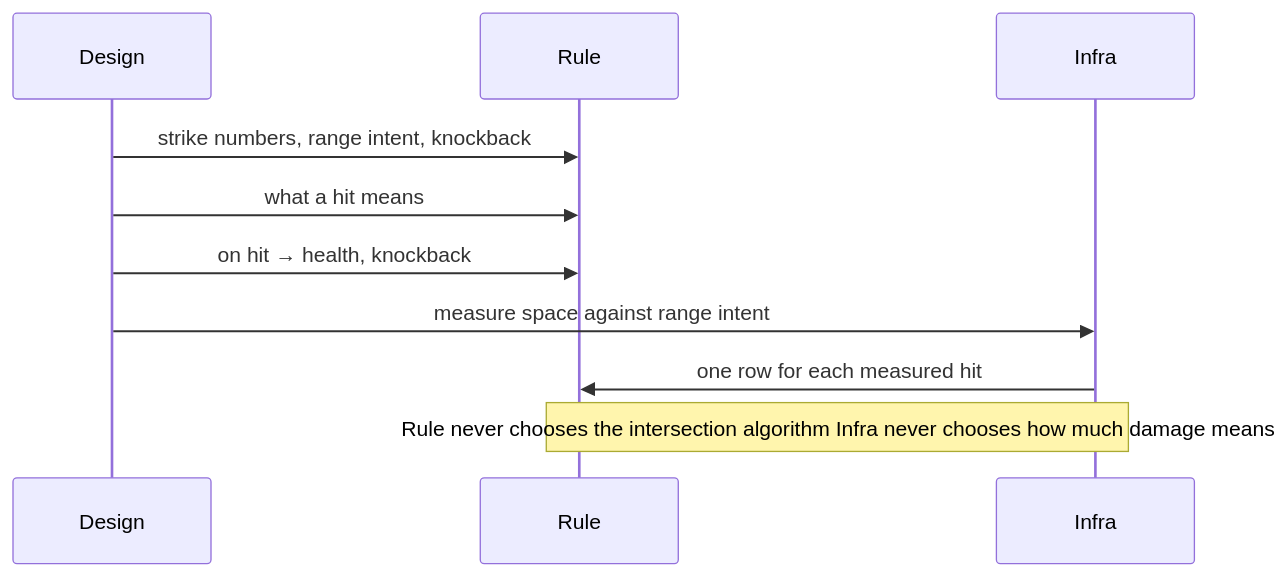
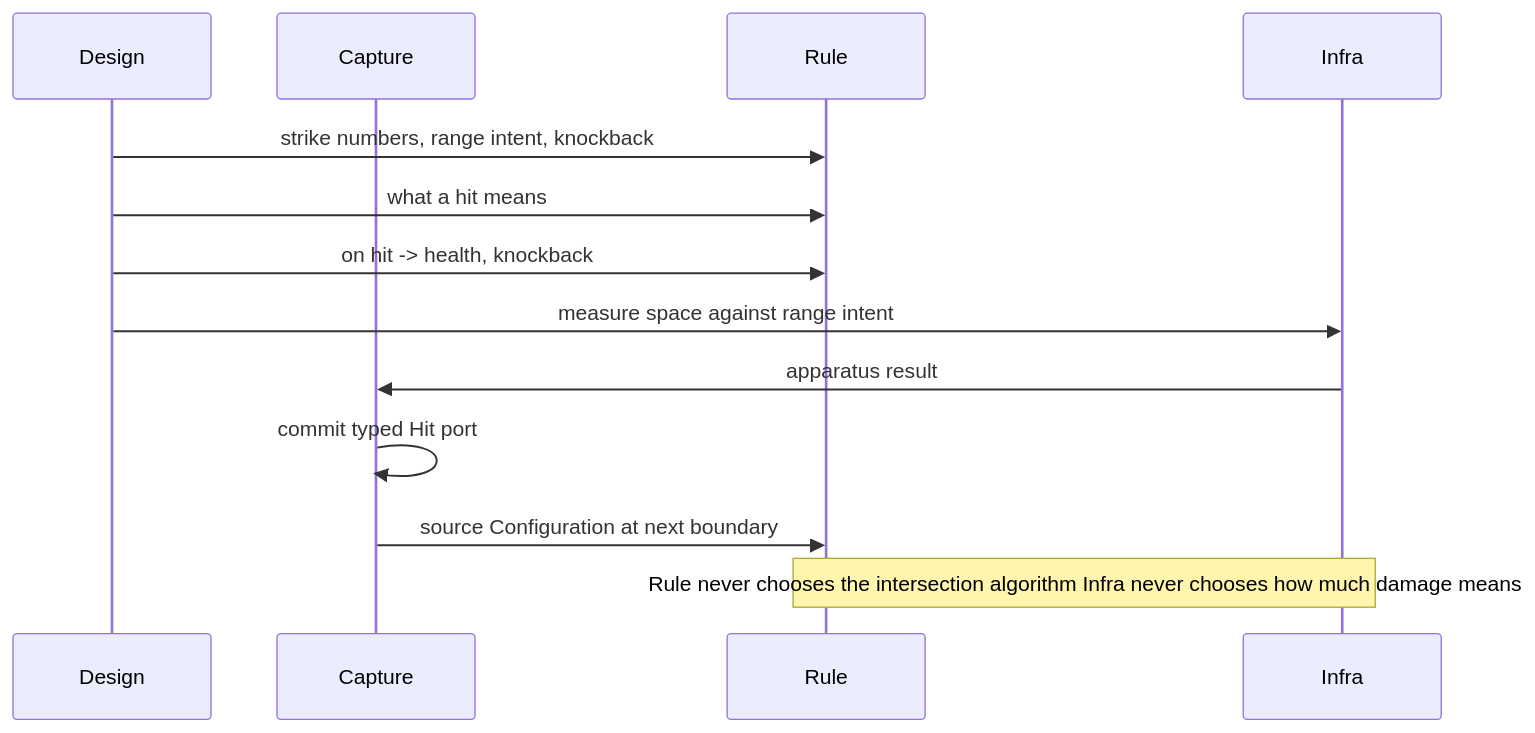
One commit to fm39hz/fm39hz-blogs changed the first of 6 diagrams in src/content/articles/another-way-to-think-about-game-architecture.md. Above: the diagram before and after it, drawn with Mermaid. The commit also changed other lines of this file and 4 other files, not shown here.

````diff
--- a/src/content/articles/another-way-to-think-about-game-architecture.md
+++ b/src/content/articles/another-way-to-think-about-game-architecture.md
@@ -87,15 +89,18 @@
 ```mermaid
 sequenceDiagram
     participant Design
+    participant Capture
     participant Rule
     participant Infra
 
     Design->>Rule: strike numbers, range intent, knockback
     Design->>Rule: what a hit means
-    Design->>Rule: on hit → health, knockback
+    Design->>Rule: on hit -> health, knockback
 
     Design->>Infra: measure space against range intent
-    Infra->>Rule: one row for each measured hit
+    Infra->>Capture: apparatus result
+    Capture->>Capture: commit typed Hit port
+    Capture->>Rule: source Configuration at next boundary
 
     Note over Rule,Infra: Rule never chooses the intersection algorithm Infra never chooses how much damage means
 ```
````
